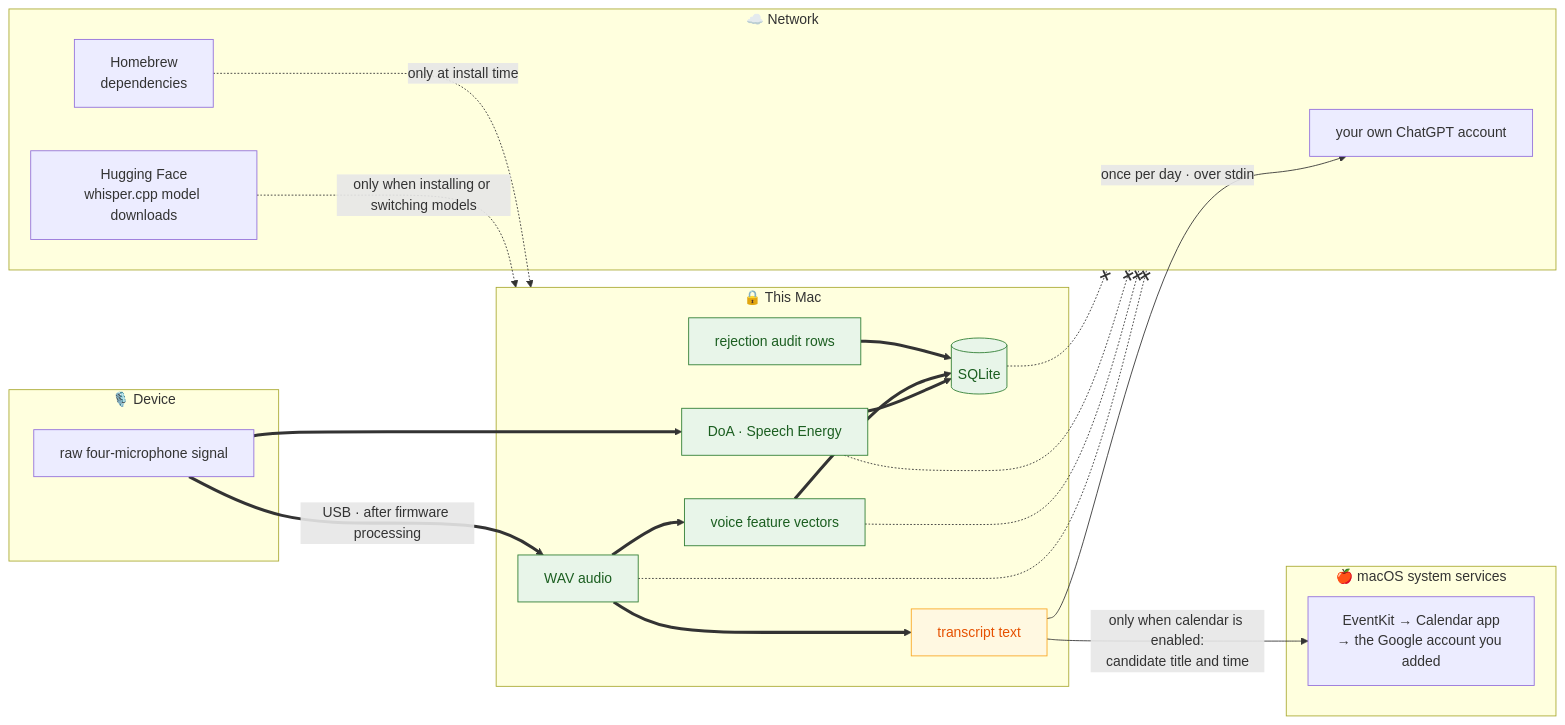
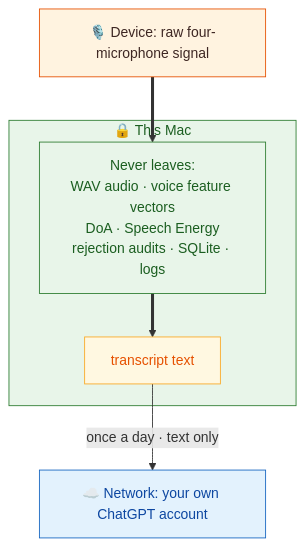
One commit to pcpcchen-coder/FamilyRecorder changed diagram 11 of 11 in docs/architecture.en.md. Above: the diagram before and after it, drawn with Mermaid. The commit also changed other lines of this file and 25 other files, not shown here.

````diff
--- a/docs/architecture.en.md
+++ b/docs/architecture.en.md
@@ -551,44 +553,23 @@
 ```mermaid
-flowchart LR
-    subgraph DEV["🎙️ Device"]
-        RAW["raw four-microphone signal"]
-    end
+flowchart TB
+    DEV["🎙️ Device: raw four-microphone signal"]
+
     subgraph MAC["🔒 This Mac"]
-        WAVF["WAV audio"]
-        FEAT["voice feature vectors"]
-        TEL["DoA · Speech Energy"]
-        AUDIT["rejection audit rows"]
-        SQLITE[("SQLite")]
+        NEVER["Never leaves:<br/>WAV audio · voice feature vectors<br/>DoA · Speech Energy<br/>rejection audits · SQLite · logs"]
         TXT["transcript text"]
     end
-    subgraph NET["☁️ Network"]
-        CHATGPT["your own ChatGPT account"]
-        HF["Hugging Face<br/>whisper.cpp model downloads"]
-        BREW["Homebrew<br/>dependencies"]
-    end
-    subgraph MACOS["🍎 macOS system services"]
-        EVENTKIT["EventKit → Calendar app<br/>→ the Google account you added"]
-    end
 
-    RAW ==>|"USB · after firmware processing"| WAVF
-    RAW ==> TEL
-    WAVF ==> FEAT
-    WAVF ==> TXT
-    TEL ==> SQLITE
-    FEAT ==> SQLITE
-    AUDIT ==> SQLITE
-    TXT -->|"once per day · over stdin"| CHATGPT
-    HF -.->|"only when installing or switching models"| MAC
-    BREW -.->|"only at install time"| MAC
-    TXT -->|"only when calendar is enabled:<br/>candidate title and time"| EVENTKIT
+    NETW["☁️ Network: your own ChatGPT account"]
 
-    WAVF -.-x NET
-    FEAT -.-x NET
-    TEL -.-x NET
-    SQLITE -.-x NET
+    DEV ==> NEVER ==> TXT
+    TXT -->|"once a day · text only"| NETW
 
     classDef never fill:#e8f5e9,stroke:#2e7d32,color:#1b5e20
     classDef leaves fill:#fff8e1,stroke:#f9a825,color:#e65100
-    class WAVF,FEAT,TEL,AUDIT,SQLITE never
+    classDef outside fill:#e3f2fd,stroke:#1565c0,color:#0d47a1
+    classDef dev fill:#fff3e0,stroke:#e65100,color:#3e2723
+    class MAC,NEVER never
     class TXT leaves
+    class NETW outside
+    class DEV dev
 ```
````
